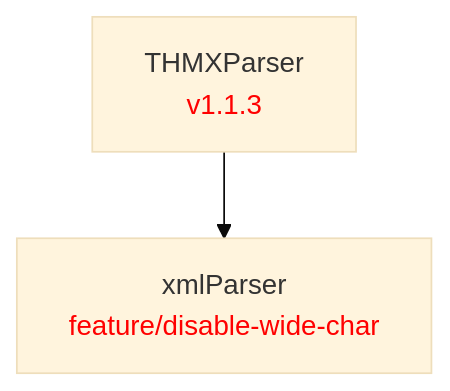
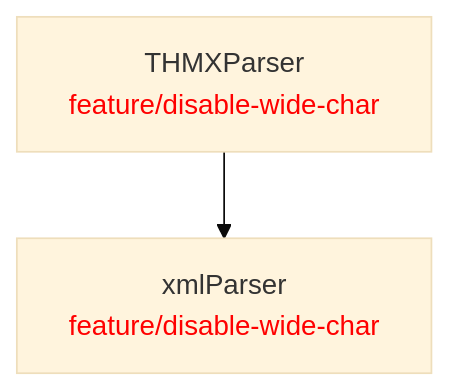
The diagram in doc/THMXParser.md (LBNL-ETA/THMXParser), drawn with Mermaid (base theme) before and after one commit.

Commit message:
Update dependency chart to use branch name instead of version tag

````diff
--- a/doc/THMXParser.md
+++ b/doc/THMXParser.md
@@ -1,9 +1,9 @@
 ```mermaid
 graph TD
     %% Package definitions
     xmlParser[xmlParser<br/><font color='red'>feature/disable-wide-char</font>]
-    THMXParser[THMXParser<br/><font color='red'>v1.1.3</font>]
+    THMXParser[THMXParser<br/><font color='red'>feature/disable-wide-char</font>]
 
     %% Package relations
     THMXParser --> xmlParser
 ```
````
